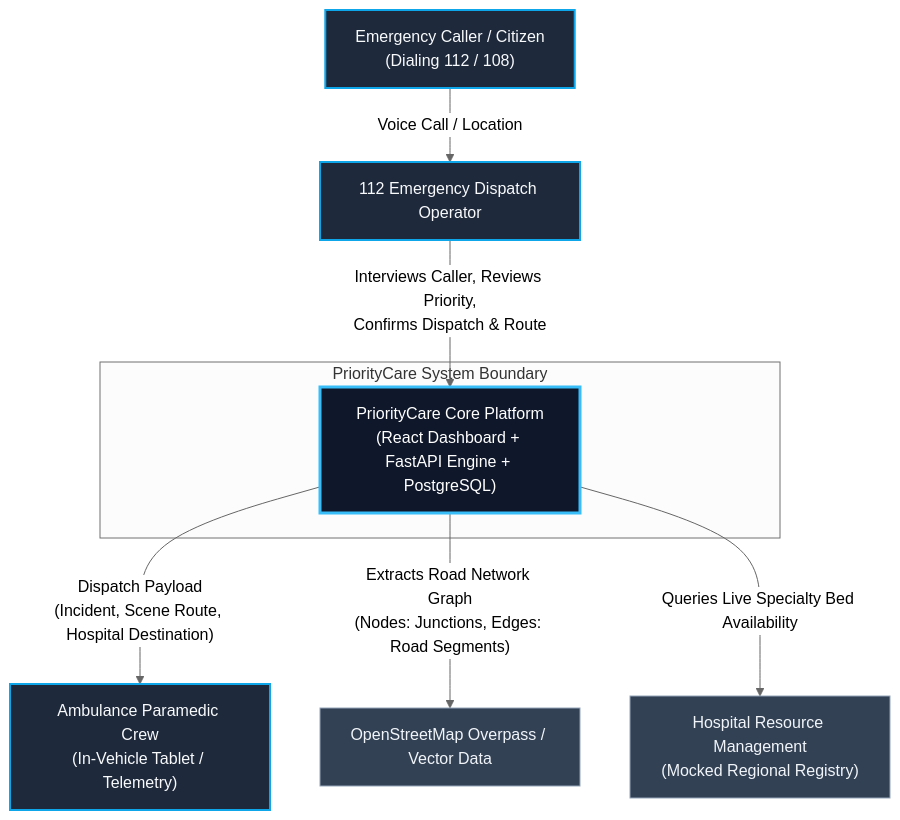
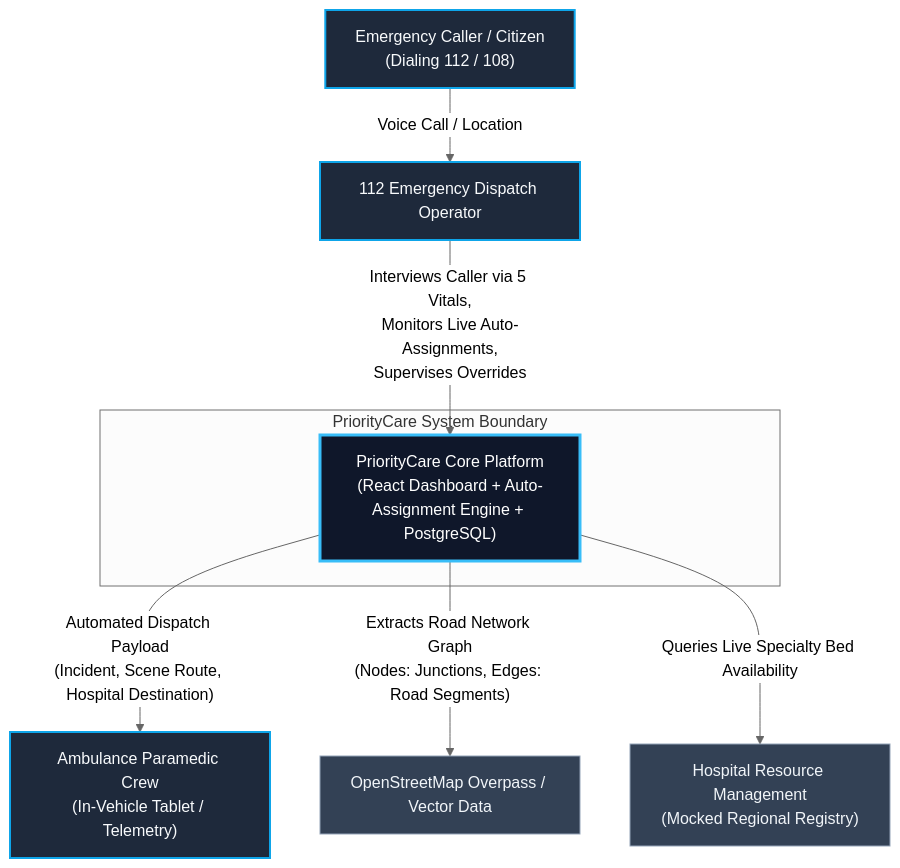
The first of 4 diagrams in SYSTEM_ARCHITECTURE.md (26sakthi/Priority-108), drawn with Mermaid (neutral theme) before and after one commit. The commit also changed other lines of this file and 4 other files, not shown here.

Commit message:
docs: update PRD, architecture, plan, and responsibilities for automatic ambulance assignment

````diff
--- a/SYSTEM_ARCHITECTURE.md
+++ b/SYSTEM_ARCHITECTURE.md
@@ -63,22 +48,22 @@
 ```mermaid
 graph TD
     UserCaller["Emergency Caller / Citizen<br/>(Dialing 112 / 108)"] -->|"Voice Call / Location"| Op["112 Emergency Dispatch Operator"]
     
     subgraph PriorityCareBoundary ["PriorityCare System Boundary"]
-        PCSystem["PriorityCare Core Platform<br/>(React Dashboard + FastAPI Engine + PostgreSQL)"]
+        PCSystem["PriorityCare Core Platform<br/>(React Dashboard + Auto-Assignment Engine + PostgreSQL)"]
     end
     
-    Op -->|"Interviews Caller, Reviews Priority,<br/>Confirms Dispatch & Route"| PCSystem
+    Op -->|"Interviews Caller via 5 Vitals,<br/>Monitors Live Auto-Assignments,<br/>Supervises Overrides"| PCSystem
     
-    PCSystem -->|"Dispatch Payload<br/>(Incident, Scene Route, Hospital Destination)"| AmbCrew["Ambulance Paramedic Crew<br/>(In-Vehicle Tablet / Telemetry)"]
+    PCSystem -->|"Automated Dispatch Payload<br/>(Incident, Scene Route, Hospital Destination)"| AmbCrew["Ambulance Paramedic Crew<br/>(In-Vehicle Tablet / Telemetry)"]
     
     PCSystem -->|"Extracts Road Network Graph<br/>(Nodes: Junctions, Edges: Road Segments)"| OSM["OpenStreetMap Overpass / Vector Data"]
     PCSystem -->|"Queries Live Specialty Bed Availability"| HospDB["Hospital Resource Management<br/>(Mocked Regional Registry)"]
 
     classDef actor fill:#1e293b,stroke:#0ea5e9,stroke-width:2px,color:#f8fafc;
     classDef system fill:#0f172a,stroke:#38bdf8,stroke-width:3px,color:#ffffff;
     classDef ext fill:#334155,stroke:#94a3b8,stroke-width:1px,color:#f1f5f9;
     class UserCaller,Op,AmbCrew actor;
     class PCSystem system;
     class OSM,HospDB ext;
 ```
````
